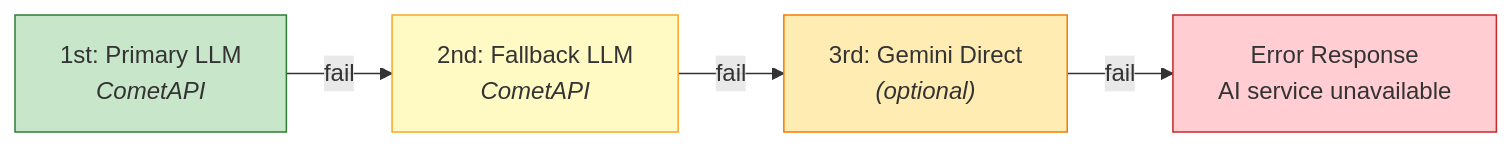
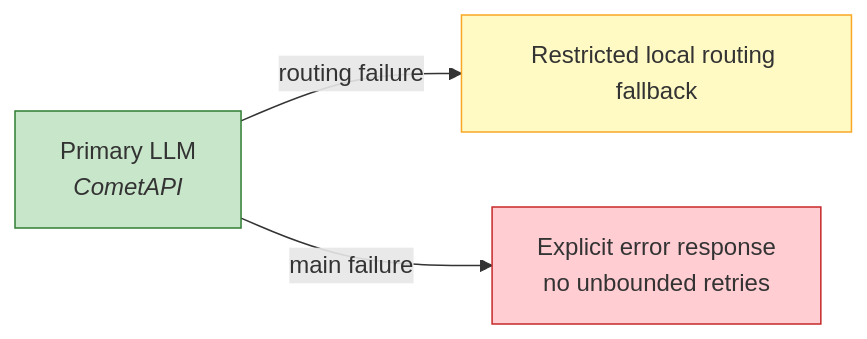
Before and after one commit to kim0040/masamong: diagram 12 of 15 in docs/ARCHITECTURE.en.md, drawn with Mermaid. The commit also changed other lines of this file and 30 other files, not shown here.

````diff
--- a/docs/ARCHITECTURE.en.md
+++ b/docs/ARCHITECTURE.en.md
@@ -671,12 +658,10 @@
 ```mermaid
 flowchart LR
-    Try1["1st: Primary LLM<br/><i>CometAPI</i>"]
-    Try1 -->|"fail"| Try2["2nd: Fallback LLM<br/><i>CometAPI</i>"]
-    Try2 -->|"fail"| Try3["3rd: Gemini Direct<br/><i>(optional)</i>"]
-    Try3 -->|"fail"| Error["Error Response<br/>AI service unavailable"]
+    Try1["Primary LLM<br/><i>CometAPI</i>"]
+    Try1 -->|"routing failure"| RouteFallback["Restricted local routing fallback"]
+    Try1 -->|"main failure"| Error["Explicit error response<br/>no unbounded retries"]
 
     style Try1 fill:#c8e6c9,stroke:#2e7d32
-    style Try2 fill:#fff9c4,stroke:#f9a825
-    style Try3 fill:#ffecb3,stroke:#f57c00
+    style RouteFallback fill:#fff9c4,stroke:#f9a825
     style Error fill:#ffcdd2,stroke:#c62828
 ```
````
